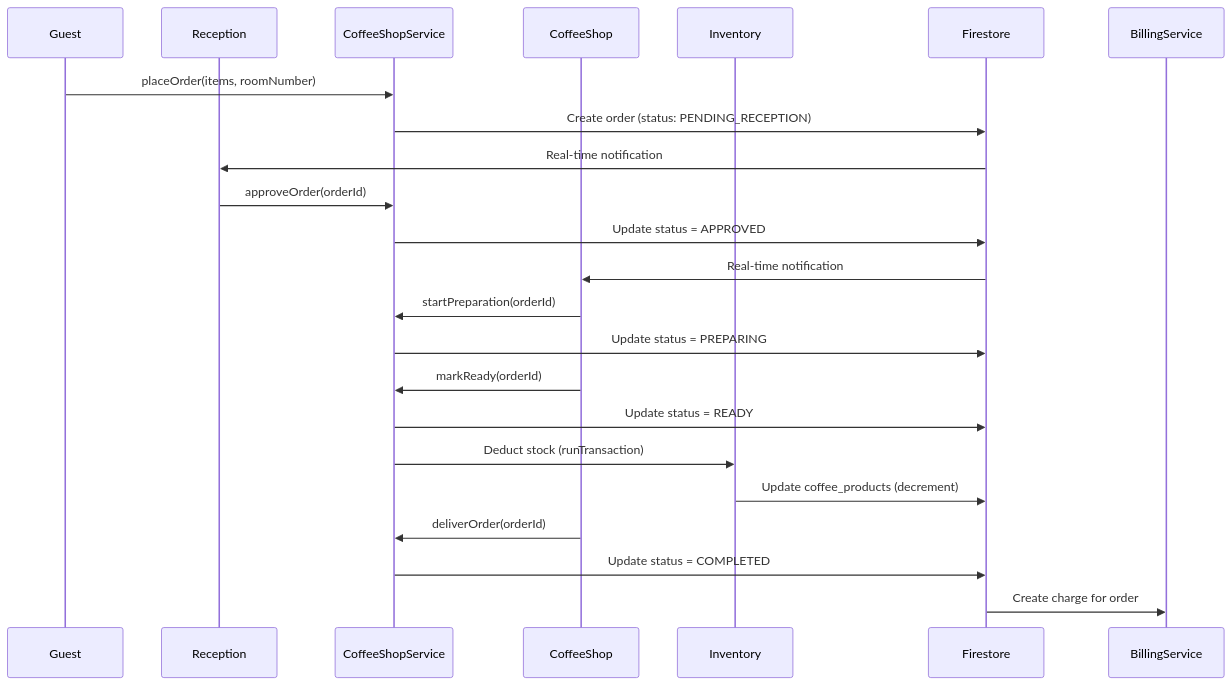
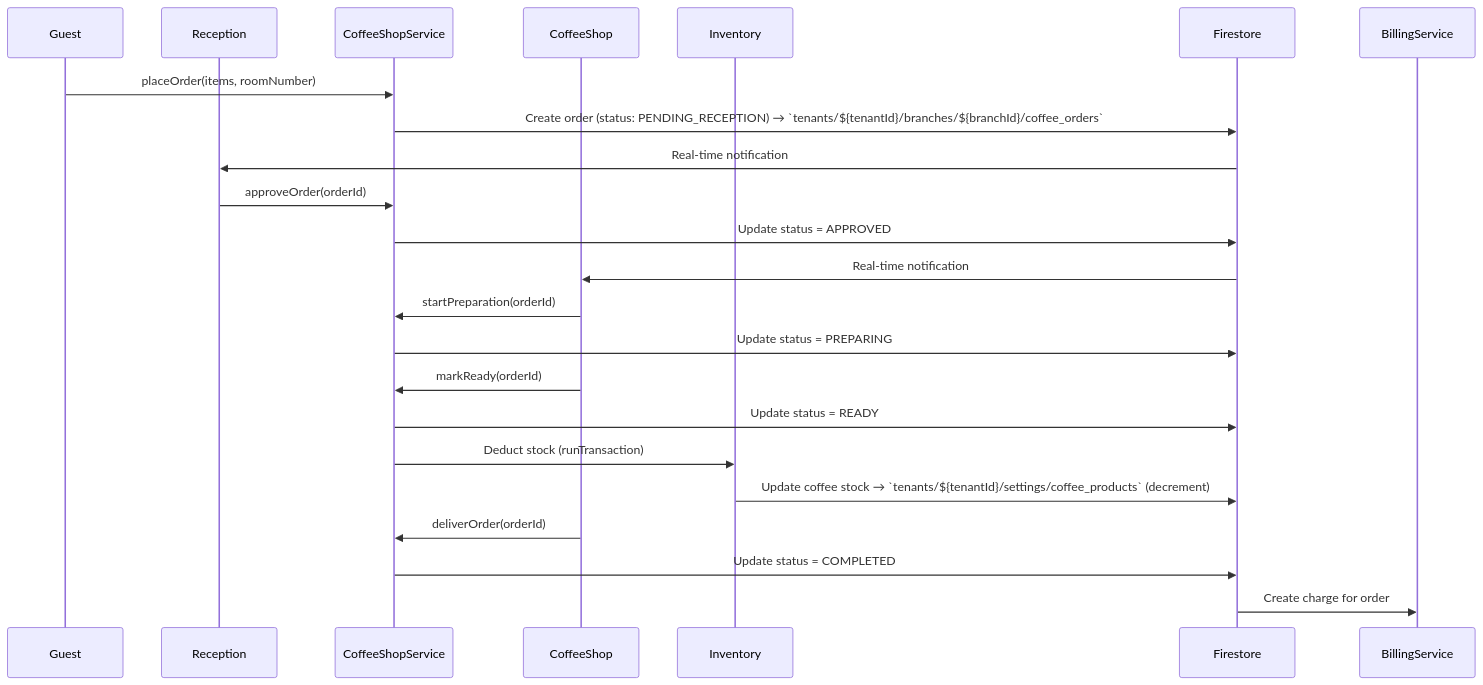
One commit to 77aayy/Adora-System2026 changed diagram 18 of 25 in DATA_FLOW_DOCUMENTATION.md. Above: the diagram before and after it, drawn with Mermaid. The commit also changed other lines of this file and 15 other files, not shown here.

First line of the commit message:
fix: Critical Security & Data Flow fixes - Clean Dev Comments

````diff
--- a/DATA_FLOW_DOCUMENTATION.md
+++ b/DATA_FLOW_DOCUMENTATION.md
@@ -715,28 +716,28 @@
 ```mermaid
 sequenceDiagram
     participant Guest
     participant Reception
     participant CoffeeShopService
     participant CoffeeShop
     participant Inventory
     participant Firestore
 
     Guest->>CoffeeShopService: placeOrder(items, roomNumber)
-    CoffeeShopService->>Firestore: Create order (status: PENDING_RECEPTION)
+    CoffeeShopService->>Firestore: Create order (status: PENDING_RECEPTION) → `tenants/${tenantId}/branches/${branchId}/coffee_orders`
     Firestore->>Reception: Real-time notification
     
     Reception->>CoffeeShopService: approveOrder(orderId)
     CoffeeShopService->>Firestore: Update status = APPROVED
     Firestore->>CoffeeShop: Real-time notification
     
     CoffeeShop->>CoffeeShopService: startPreparation(orderId)
     CoffeeShopService->>Firestore: Update status = PREPARING
     CoffeeShop->>CoffeeShopService: markReady(orderId)
     CoffeeShopService->>Firestore: Update status = READY
     CoffeeShopService->>Inventory: Deduct stock (runTransaction)
-    Inventory->>Firestore: Update coffee_products (decrement)
+    Inventory->>Firestore: Update coffee stock → `tenants/${tenantId}/settings/coffee_products` (decrement)
     
     CoffeeShop->>CoffeeShopService: deliverOrder(orderId)
     CoffeeShopService->>Firestore: Update status = COMPLETED
     Firestore->>BillingService: Create charge for order
 ```
````
